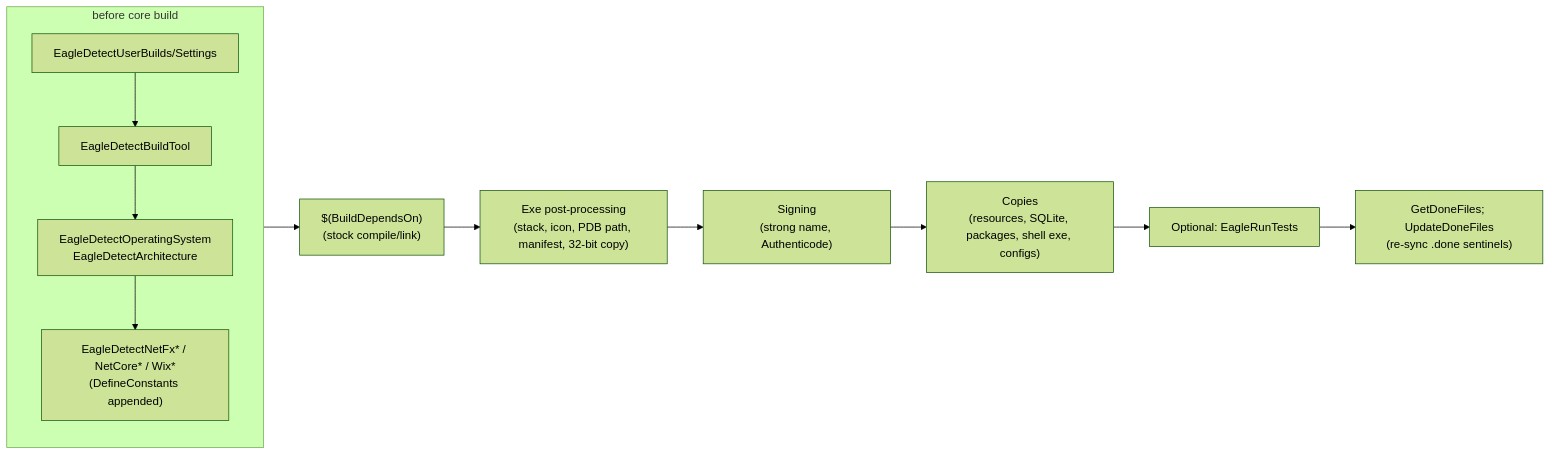
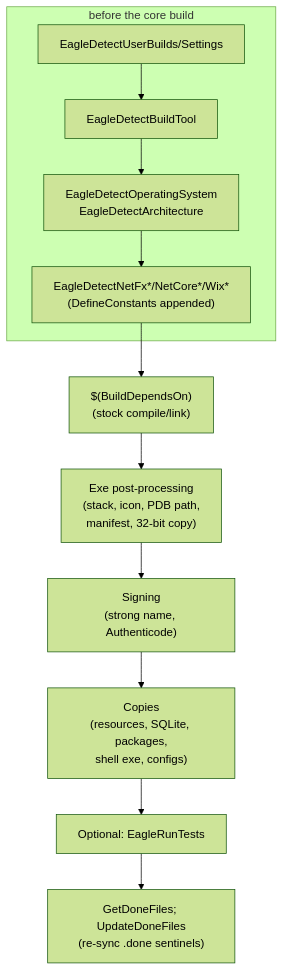
One commit to mistachkin/docs changed the fifth of 6 diagrams in msbuild.md. Above: the diagram before and after it, drawn with Mermaid (forest theme). The commit also changed other lines of this file, not shown here.

````diff
--- a/msbuild.md
+++ b/msbuild.md
@@ -280,12 +267,16 @@
 ```mermaid
-flowchart LR
-    subgraph Before["before core build"]
-        D1["EagleDetectUserBuilds/Settings"] --> D2["EagleDetectBuildTool"] --> D3["EagleDetectOperatingSystem<br/>EagleDetectArchitecture"] --> D4["EagleDetectNetFx* / NetCore* / Wix*<br/>(DefineConstants appended)"]
+flowchart TD
+    subgraph Before["before the core build"]
+        D1["EagleDetectUserBuilds/Settings"]
+        D2["EagleDetectBuildTool"]
+        D3["EagleDetectOperatingSystem<br/>EagleDetectArchitecture"]
+        D4["EagleDetectNetFx*/NetCore*/Wix*<br/>(DefineConstants appended)"]
+        D1 --> D2 --> D3 --> D4
     end
-    Before --> BUILD["$(BuildDependsOn)<br/>(stock compile/link)"]
-    BUILD --> P1["Exe post-processing<br/>(stack, icon, PDB path, manifest, 32-bit copy)"]
+    D4 --> BUILD["$(BuildDependsOn)<br/>(stock compile/link)"]
+    BUILD --> P1["Exe post-processing<br/>(stack, icon, PDB path,<br/>manifest, 32-bit copy)"]
     P1 --> P2["Signing<br/>(strong name, Authenticode)"]
-    P2 --> P3["Copies<br/>(resources, SQLite, packages, shell exe, configs)"]
+    P2 --> P3["Copies<br/>(resources, SQLite, packages,<br/>shell exe, configs)"]
     P3 --> P4["Optional: EagleRunTests"]
     P4 --> S["GetDoneFiles; UpdateDoneFiles<br/>(re-sync .done sentinels)"]
 ```
````
